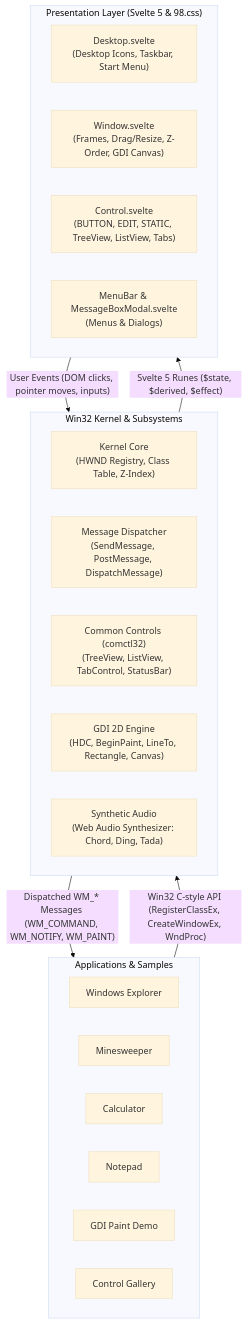
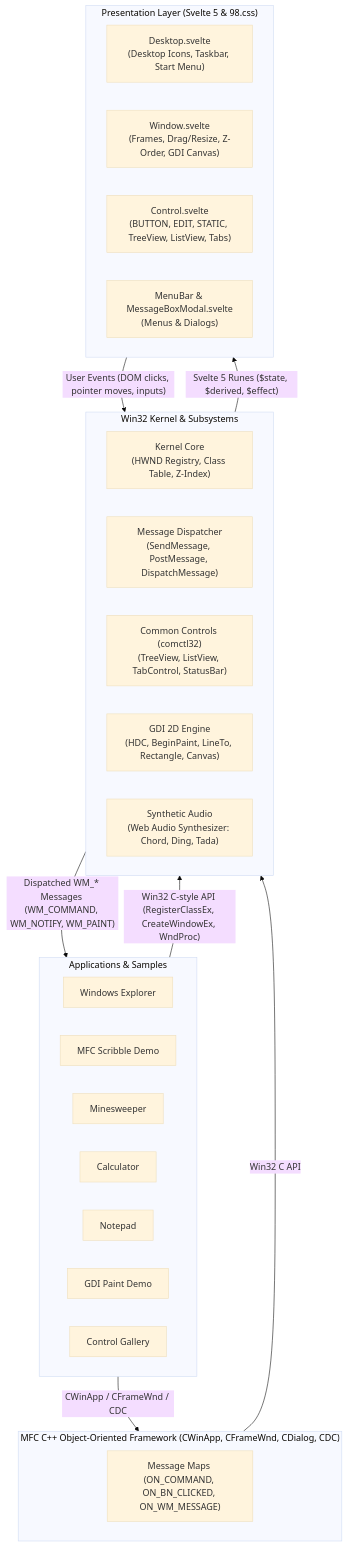
The diagram in README.md (net-pilgrim/win32-svelte), drawn with Mermaid (base theme) before and after one commit. The commit also changed other lines of this file and 17 other files, not shown here.

````diff
--- a/README.md
+++ b/README.md
@@ -101,31 +101,38 @@
 ```mermaid
 flowchart TD
     subgraph Apps["Applications & Samples"]
         Explorer["Windows Explorer"]
+        MfcScribble["MFC Scribble Demo"]
         Minesweeper["Minesweeper"]
         Calculator["Calculator"]
         Notepad["Notepad"]
         PaintDemo["GDI Paint Demo"]
         ControlGallery["Control Gallery"]
+    end
+
+    subgraph MfcLayer["MFC C++ Object-Oriented Framework (CWinApp, CFrameWnd, CDialog, CDC)"]
+        MessageMaps["Message Maps (ON_COMMAND, ON_BN_CLICKED, ON_WM_MESSAGE)"]
     end
 
     subgraph KernelSubsystem["Win32 Kernel & Subsystems"]
         KernelCore["Kernel Core<br/>(HWND Registry, Class Table, Z-Index)"]
         MsgPump["Message Dispatcher<br/>(SendMessage, PostMessage, DispatchMessage)"]
         ComCtl32["Common Controls (comctl32)<br/>(TreeView, ListView, TabControl, StatusBar)"]
         GDI["GDI 2D Engine<br/>(HDC, BeginPaint, LineTo, Rectangle, Canvas)"]
         Audio["Synthetic Audio<br/>(Web Audio Synthesizer: Chord, Ding, Tada)"]
     end
 
     subgraph Presentation["Presentation Layer (Svelte 5 & 98.css)"]
         Desktop["Desktop.svelte<br/>(Desktop Icons, Taskbar, Start Menu)"]
         Window["Window.svelte<br/>(Frames, Drag/Resize, Z-Order, GDI Canvas)"]
         Control["Control.svelte<br/>(BUTTON, EDIT, STATIC, TreeView, ListView, Tabs)"]
         Modals["MenuBar & MessageBoxModal.svelte<br/>(Menus & Dialogs)"]
     end
 
+    Apps -->|"CWinApp / CFrameWnd / CDC"| MfcLayer
+    MfcLayer -->|"Win32 C API"| KernelSubsystem
     Apps -->|"Win32 C-style API (RegisterClassEx, CreateWindowEx, WndProc)"| KernelSubsystem
     KernelSubsystem -->|"Svelte 5 Runes ($state, $derived, $effect)"| Presentation
     Presentation -->|"User Events (DOM clicks, pointer moves, inputs)"| KernelSubsystem
     KernelSubsystem -->|"Dispatched WM_* Messages (WM_COMMAND, WM_NOTIFY, WM_PAINT)"| Apps
 ```
````
